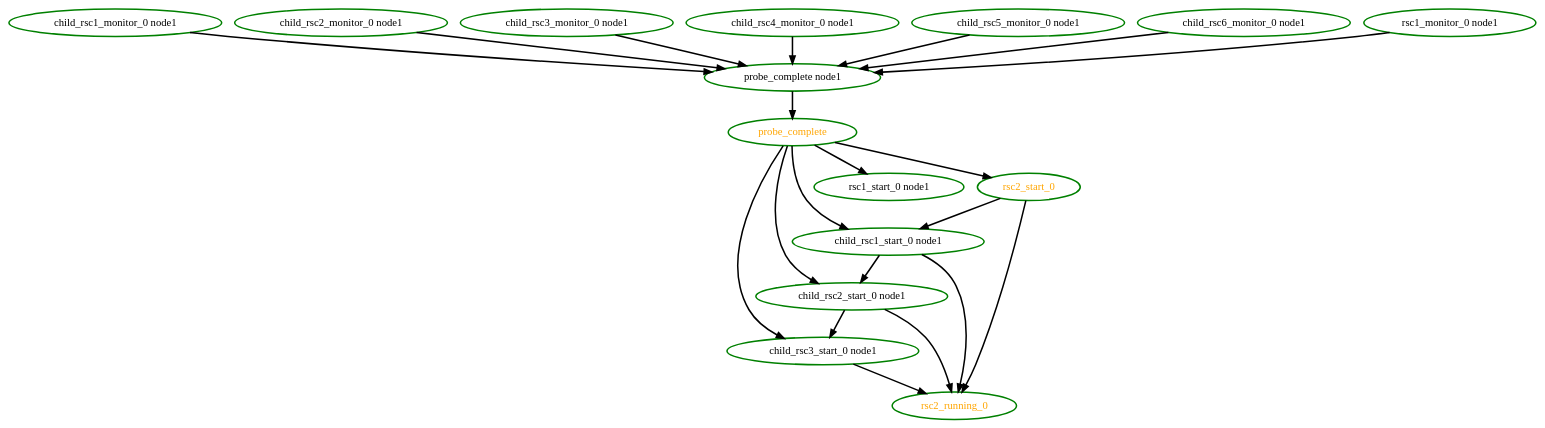
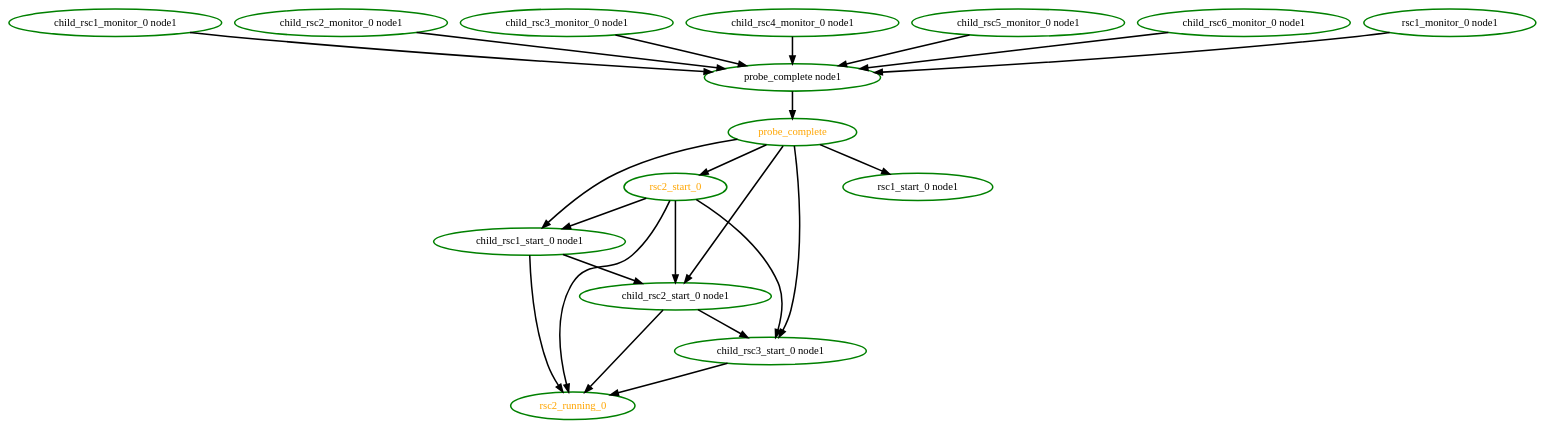
Before and after one commit to linux-ha-japan/pm_diskd: the diagram in pengine/testcases/group8.dot, drawn with Graphviz. The commit also changed 57 other files, not shown here.

Commit message:
High: PE: Group start ordering fixes Ensure group.start is included in the graph if any of its members are starting.  This allows it to be ordered after group.stopped and group.demoted actions (if any member of the group is being stopped or demoted)

```diff
--- a/pengine/testcases/group8.dot
+++ b/pengine/testcases/group8.dot
@@ -1,37 +1,39 @@
  digraph "g" {
 "child_rsc1_monitor_0 node1" -> "probe_complete node1" [ style = bold]
 "child_rsc1_monitor_0 node1" [ style=bold color="green" fontcolor="black" ]
 "child_rsc1_start_0 node1" -> "child_rsc2_start_0 node1" [ style = bold]
 "child_rsc1_start_0 node1" -> "rsc2_running_0" [ style = bold]
 "child_rsc1_start_0 node1" [ style=bold color="green" fontcolor="black" ]
 "child_rsc2_monitor_0 node1" -> "probe_complete node1" [ style = bold]
 "child_rsc2_monitor_0 node1" [ style=bold color="green" fontcolor="black" ]
 "child_rsc2_start_0 node1" -> "child_rsc3_start_0 node1" [ style = bold]
 "child_rsc2_start_0 node1" -> "rsc2_running_0" [ style = bold]
 "child_rsc2_start_0 node1" [ style=bold color="green" fontcolor="black" ]
 "child_rsc3_monitor_0 node1" -> "probe_complete node1" [ style = bold]
 "child_rsc3_monitor_0 node1" [ style=bold color="green" fontcolor="black" ]
 "child_rsc3_start_0 node1" -> "rsc2_running_0" [ style = bold]
 "child_rsc3_start_0 node1" [ style=bold color="green" fontcolor="black" ]
 "child_rsc4_monitor_0 node1" -> "probe_complete node1" [ style = bold]
 "child_rsc4_monitor_0 node1" [ style=bold color="green" fontcolor="black" ]
 "child_rsc5_monitor_0 node1" -> "probe_complete node1" [ style = bold]
 "child_rsc5_monitor_0 node1" [ style=bold color="green" fontcolor="black" ]
 "child_rsc6_monitor_0 node1" -> "probe_complete node1" [ style = bold]
 "child_rsc6_monitor_0 node1" [ style=bold color="green" fontcolor="black" ]
 "probe_complete node1" -> "probe_complete" [ style = bold]
 "probe_complete node1" [ style=bold color="green" fontcolor="black" ]
 "probe_complete" -> "child_rsc1_start_0 node1" [ style = bold]
 "probe_complete" -> "child_rsc2_start_0 node1" [ style = bold]
 "probe_complete" -> "child_rsc3_start_0 node1" [ style = bold]
 "probe_complete" -> "rsc1_start_0 node1" [ style = bold]
 "probe_complete" -> "rsc2_start_0" [ style = bold]
 "probe_complete" [ style=bold color="green" fontcolor="orange" ]
 "rsc1_monitor_0 node1" -> "probe_complete node1" [ style = bold]
 "rsc1_monitor_0 node1" [ style=bold color="green" fontcolor="black" ]
 "rsc1_start_0 node1" [ style=bold color="green" fontcolor="black" ]
 "rsc2_running_0" [ style=bold color="green" fontcolor="orange" ]
 "rsc2_start_0" -> "child_rsc1_start_0 node1" [ style = bold]
+"rsc2_start_0" -> "child_rsc2_start_0 node1" [ style = bold]
+"rsc2_start_0" -> "child_rsc3_start_0 node1" [ style = bold]
 "rsc2_start_0" -> "rsc2_running_0" [ style = bold]
 "rsc2_start_0" [ style=bold color="green" fontcolor="orange" ]
 }
```
